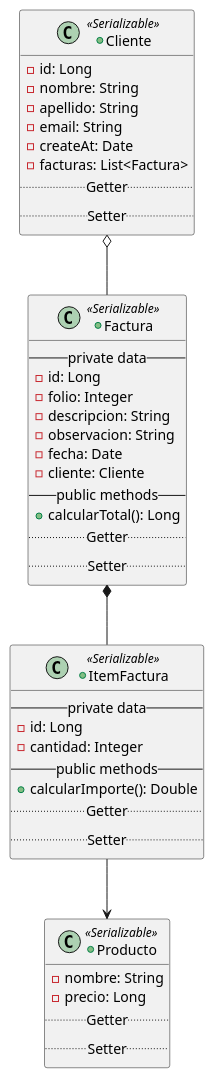
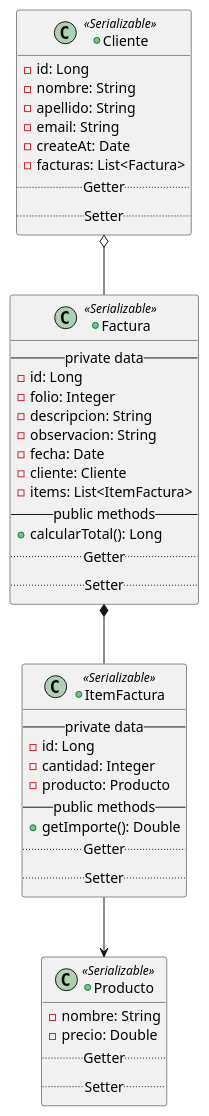
Before and after one commit to marcopgordillo/springboot-backend-apirest: the diagram in umlDiagrams/Facturacion.puml, drawn with PlantUML. The commit also changed 4 other files, not shown here.

Commit message:
Añadido las asociaciones ManyToOne Unidireccional Clases entity ItemFactura y Producto

```diff
--- a/umlDiagrams/Facturacion.puml
+++ b/umlDiagrams/Facturacion.puml
@@ -1,49 +1,51 @@
 @startuml
 
 +class Cliente <<Serializable>> {
     -id: Long
     -nombre: String
     -apellido: String
     -email: String
     -createAt: Date
     -facturas: List<Factura>
     .. Getter ..
     .. Setter ..
 }
 
 +class Factura <<Serializable>> {
     -- private data --
     -id: Long
     -folio: Integer
     -descripcion: String
     -observacion: String
     -fecha: Date
     -cliente: Cliente
+    -items: List<ItemFactura>
     -- public methods --
     +calcularTotal(): Long
     .. Getter ..
     .. Setter ..
 }
 
 +class ItemFactura <<Serializable>> {
     -- private data --
     -id: Long
     -cantidad: Integer
+    -producto: Producto
     -- public methods --
-    +calcularImporte(): Double
+    +getImporte(): Double
     .. Getter ..
     .. Setter ..
 }
 
 +class Producto <<Serializable>> {
     -nombre: String
-    -precio: Long
+    -precio: Double
     .. Getter ..
     .. Setter ..
 }
 
 Cliente o-- Factura
 Factura *-- ItemFactura
 ItemFactura --> Producto
 
 @enduml
```
